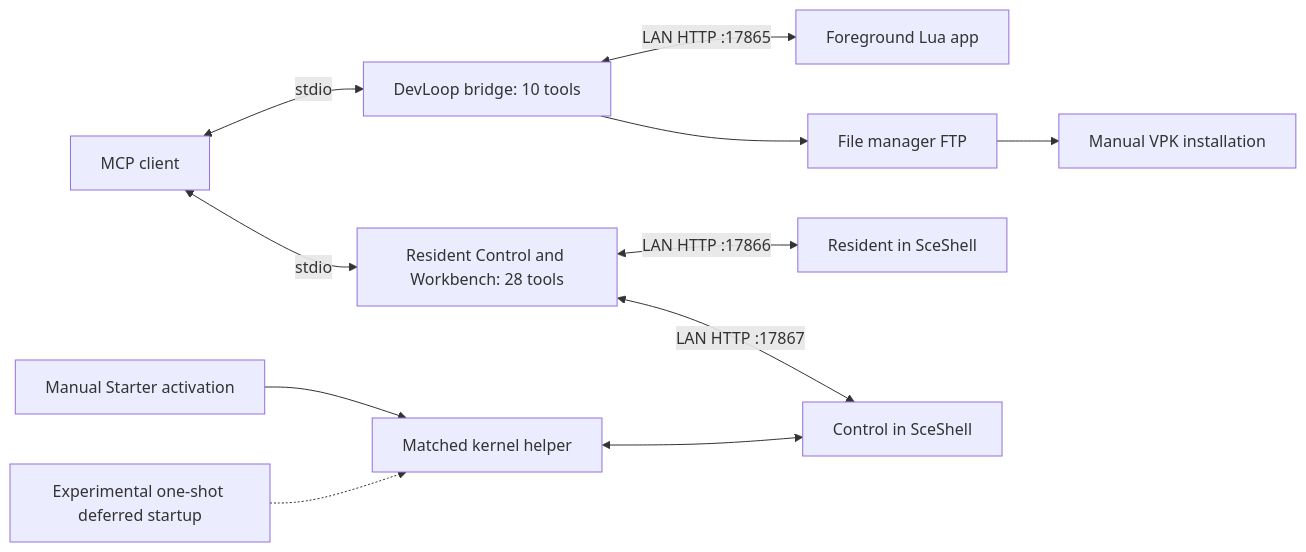
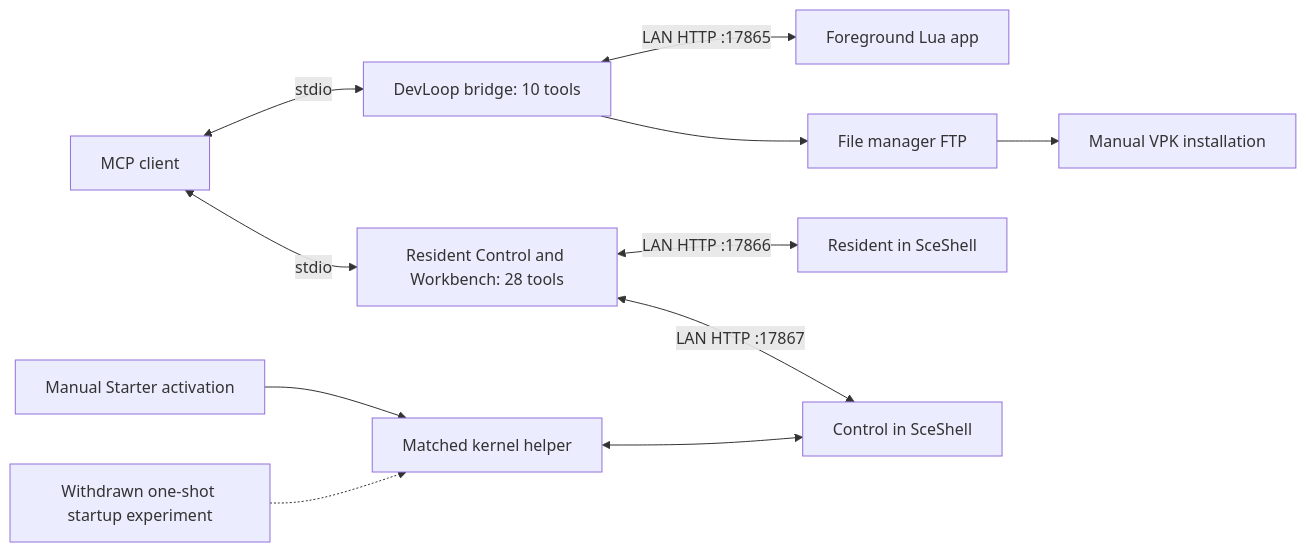
The diagram in README.md (LeiterConsulting/ps-vita-mcp), drawn with Mermaid before and after one commit. The commit also changed other lines of this file and 3 other files, not shown here.

````diff
--- a/README.md
+++ b/README.md
@@ -74,13 +77,13 @@
 ```mermaid
 flowchart LR
     Client[MCP client] <-->|stdio| DevBridge[DevLoop bridge: 10 tools]
     Client <-->|stdio| Background[Resident Control and Workbench: 28 tools]
     DevBridge <-->|LAN HTTP :17865| DevLoop[Foreground Lua app]
     Background <-->|LAN HTTP :17866| Resident[Resident in SceShell]
     Background <-->|LAN HTTP :17867| Control[Control in SceShell]
     Starter[Manual Starter activation] --> Kernel[Matched kernel helper]
-    Auto[Experimental one-shot deferred startup] -.-> Kernel
+    Auto[Withdrawn one-shot startup experiment] -.-> Kernel
     Kernel <--> Control
     DevBridge --> FTP[File manager FTP]
     FTP --> Install[Manual VPK installation]
 ```
````
